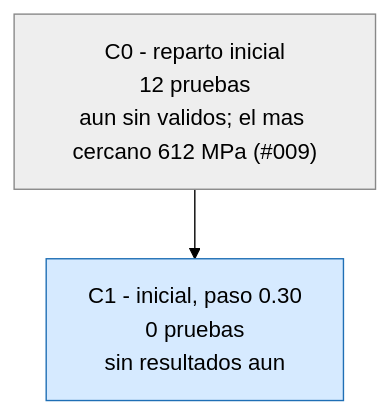
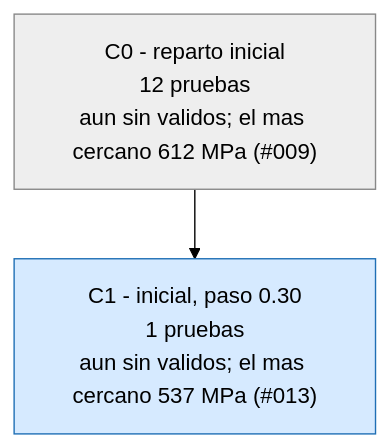
Before and after one commit to Hugiko/msd-soporte-optimizacion: the third of 3 diagrams in runs/opt_37800N/ARBOL.md, drawn with Mermaid (forest theme). The commit also changed 22 other files, not shown here.

````diff
--- a/runs/opt_37800N/ARBOL.md
+++ b/runs/opt_37800N/ARBOL.md
@@ -33,9 +33,9 @@
 ```mermaid
 graph TD
 classDef activa fill:#d6eaff,stroke:#1f6fb5,color:#000
 classDef fin fill:#eeeeee,stroke:#888,color:#000
 classDef mejor fill:#c8f0c0,stroke:#1a9850,stroke-width:4px,color:#000
 C0["C0 - reparto inicial<br/>12 pruebas<br/>aun sin validos; el mas cercano 612 MPa (#009)"]:::fin
-C1["C1 - inicial, paso 0.30<br/>0 pruebas<br/>sin resultados aun"]:::activa
+C1["C1 - inicial, paso 0.30<br/>1 pruebas<br/>aun sin validos; el mas cercano 537 MPa (#013)"]:::activa
 C0 --> C1
 ```
````
